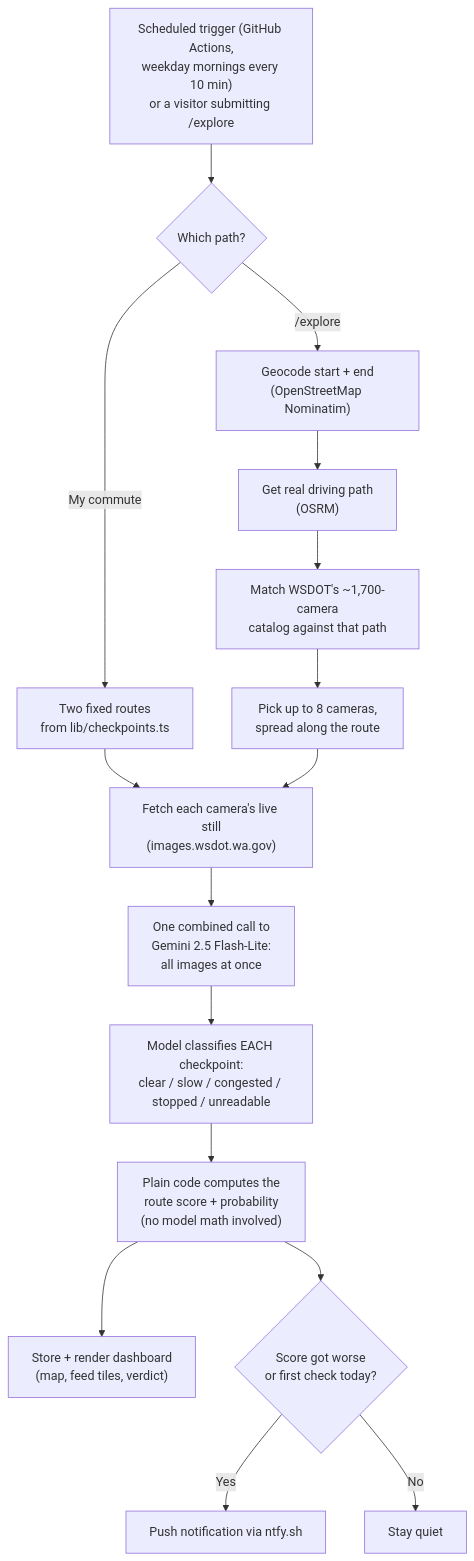
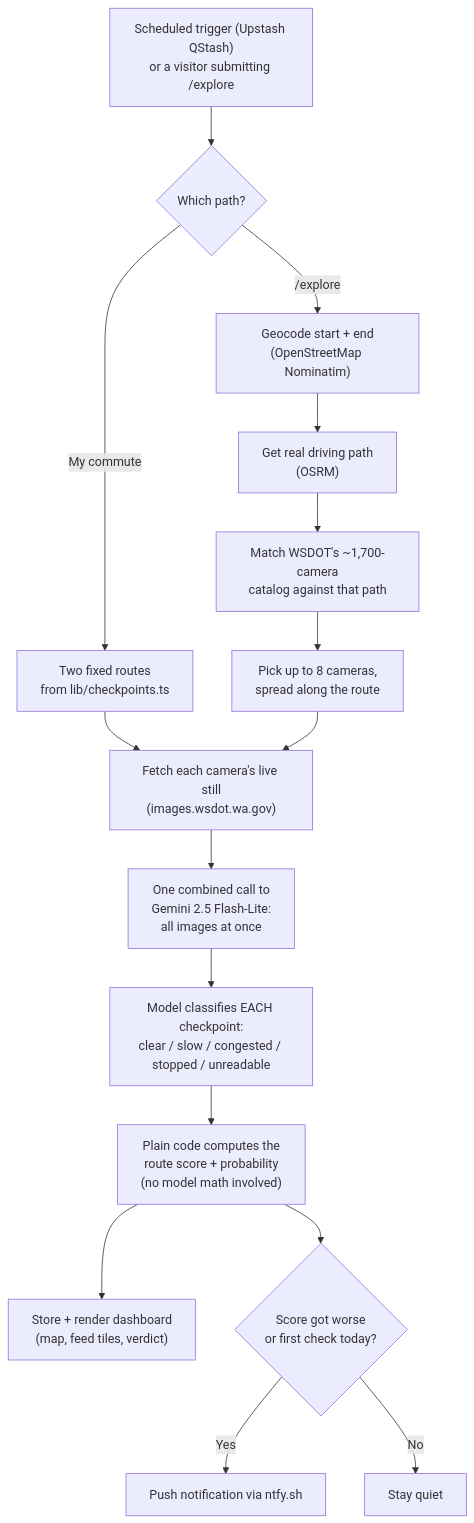
Before and after one commit to NahomAzmach/commute-dashboard: the diagram in README.md, drawn with Mermaid. The commit also changed other lines of this file and 20 other files, not shown here.

````diff
--- a/README.md
+++ b/README.md
@@ -17,18 +17,18 @@
 ```mermaid
 flowchart TD
-    A["Scheduled trigger (GitHub Actions,\nweekday mornings every 10 min)\nor a visitor submitting /explore"] --> B{Which path?}
+    A["Scheduled trigger (Upstash QStash)\nor a visitor submitting /explore"] --> B{Which path?}
     B -->|My commute| C["Two fixed routes\nfrom lib/checkpoints.ts"]
     B -->|/explore| D["Geocode start + end\n(OpenStreetMap Nominatim)"]
     D --> E["Get real driving path\n(OSRM)"]
     E --> F["Match WSDOT's ~1,700-camera\ncatalog against that path"]
     F --> G["Pick up to 8 cameras,\nspread along the route"]
     C --> H
     G --> H["Fetch each camera's live still\n(images.wsdot.wa.gov)"]
     H --> I["One combined call to\nGemini 2.5 Flash-Lite:\nall images at once"]
     I --> J["Model classifies EACH checkpoint:\nclear / slow / congested / stopped / unreadable"]
     J --> K["Plain code computes the\nroute score + probability\n(no model math involved)"]
     K --> L["Store + render dashboard\n(map, feed tiles, verdict)"]
     K --> M{Score got worse\nor first check today?}
     M -->|Yes| N["Push notification via ntfy.sh"]
     M -->|No| O["Stay quiet"]
 ```
````
